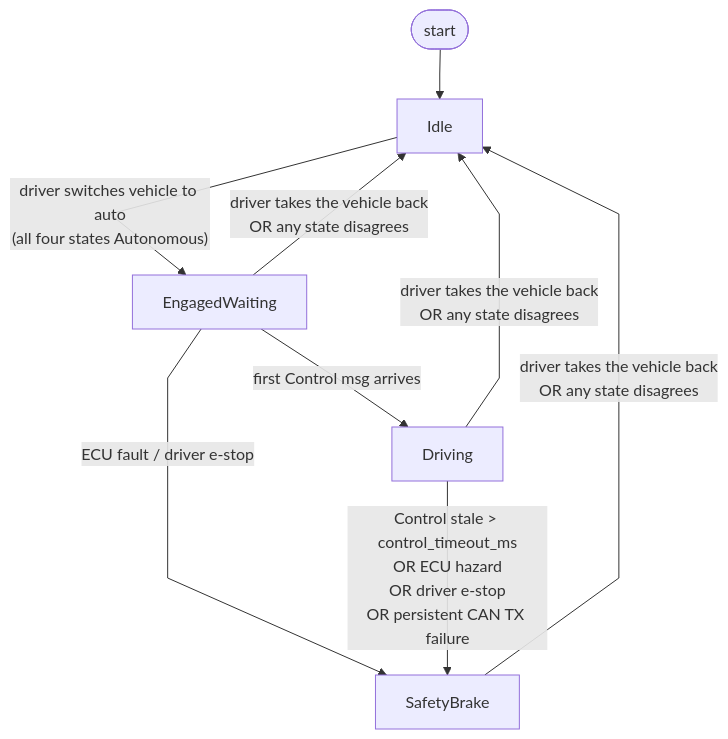
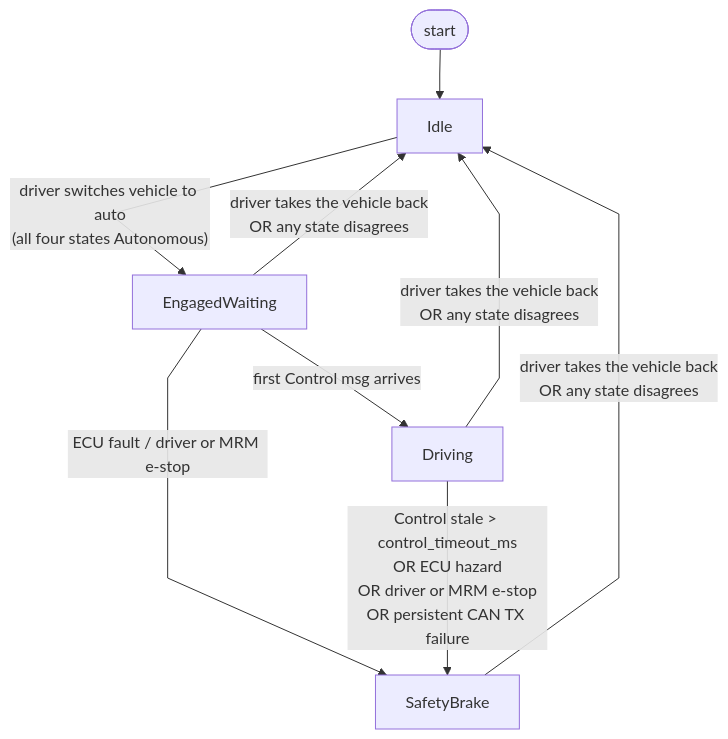
One commit to NEWSLabNTU/golfcart_vehicle_launch changed the diagram in golfcart_vehicle_interface/README.md. Above: the diagram before and after it, drawn with Mermaid. The commit also changed other lines of this file and 4 other files, not shown here.

First line of the commit message:
fix(vehicle-interface): keep a driver e-stop independent of MRM

````diff
--- a/golfcart_vehicle_interface/README.md
+++ b/golfcart_vehicle_interface/README.md
@@ -78,12 +78,12 @@
 ```mermaid
 %%{init: {'flowchart': {'curve': 'linear'}}}%%
 flowchart TD
     Start([ start ]) --> Idle
     Idle -->|"driver switches vehicle to auto<br/>(all four states Autonomous)"| EngagedWaiting
     EngagedWaiting -->|"first Control msg arrives"| Driving
     EngagedWaiting -->|"driver takes the vehicle back<br/>OR any state disagrees"| Idle
-    EngagedWaiting -->|"ECU fault / driver e-stop"| SafetyBrake
-    Driving -->|"Control stale > control_timeout_ms<br/>OR ECU hazard<br/>OR driver e-stop<br/>OR persistent CAN TX failure"| SafetyBrake
+    EngagedWaiting -->|"ECU fault / driver or MRM e-stop"| SafetyBrake
+    Driving -->|"Control stale > control_timeout_ms<br/>OR ECU hazard<br/>OR driver or MRM e-stop<br/>OR persistent CAN TX failure"| SafetyBrake
     Driving -->|"driver takes the vehicle back<br/>OR any state disagrees"| Idle
     SafetyBrake -->|"driver takes the vehicle back<br/>OR any state disagrees"| Idle
 ```
````
